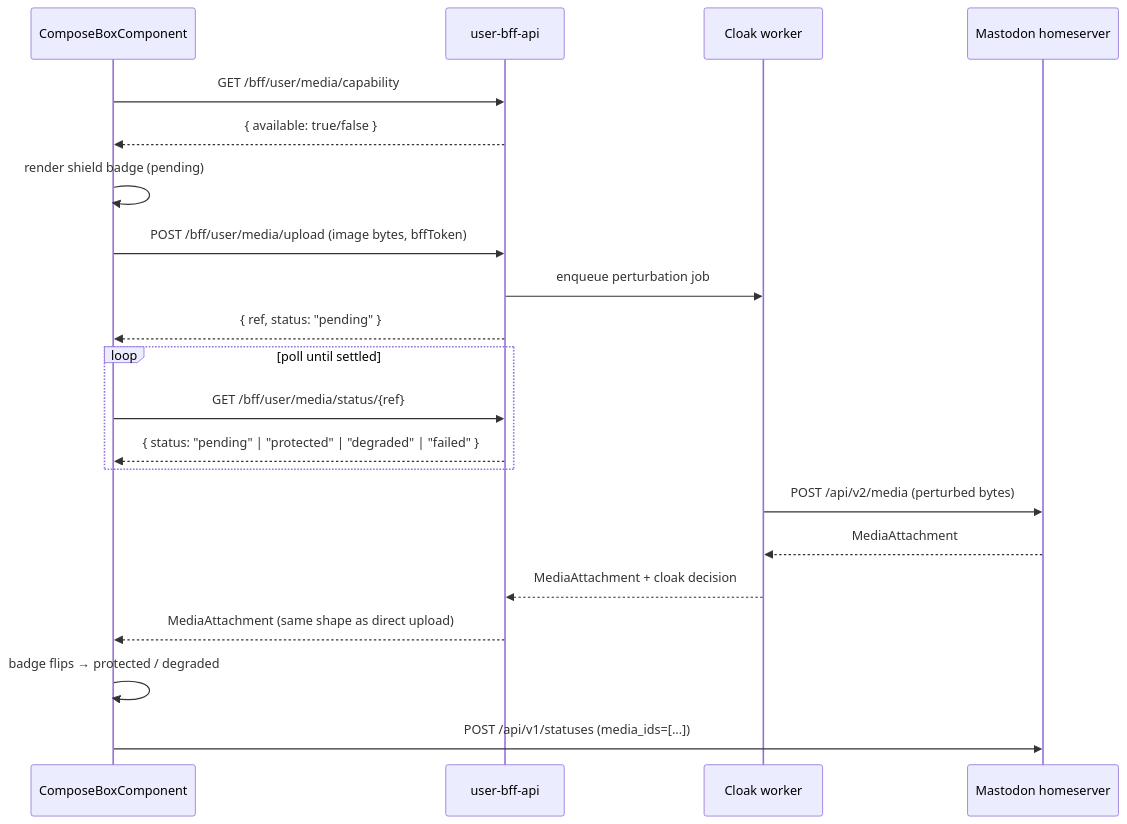
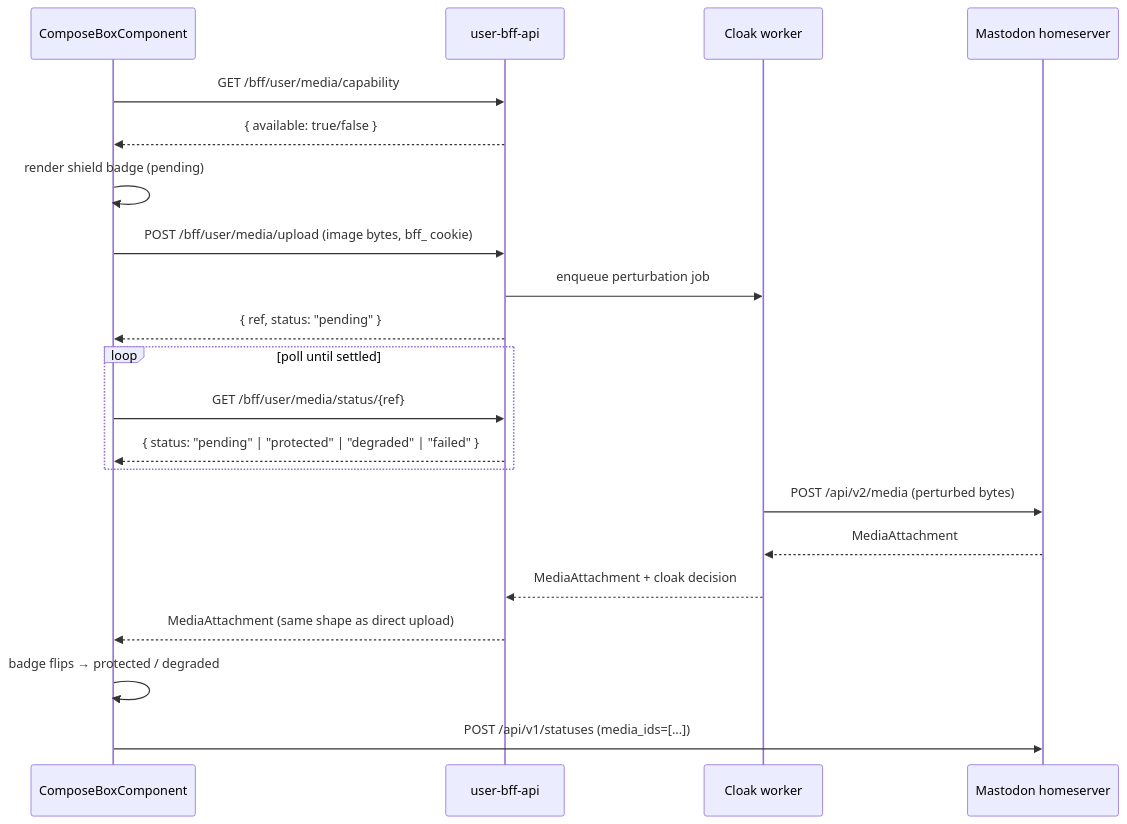
The second of 2 diagrams in README.md (hugmesh/hugmesh-mastodon-ui), drawn with Mermaid before and after one commit. The commit also changed other lines of this file and 8 other files, not shown here.

````diff
--- a/README.md
+++ b/README.md
@@ -271,28 +292,28 @@
 ```mermaid
 sequenceDiagram
     participant C as ComposeBoxComponent
     participant BFF as user-bff-api
     participant W as Cloak worker
     participant M as Mastodon homeserver
 
     C->>BFF: GET /bff/user/media/capability
     BFF-->>C: { available: true/false }
     C->>C: render shield badge (pending)
 
-    C->>BFF: POST /bff/user/media/upload (image bytes, bffToken)
+    C->>BFF: POST /bff/user/media/upload (image bytes, bff_ cookie)
     BFF->>W: enqueue perturbation job
     BFF-->>C: { ref, status: "pending" }
 
     loop poll until settled
         C->>BFF: GET /bff/user/media/status/{ref}
         BFF-->>C: { status: "pending" | "protected" | "degraded" | "failed" }
     end
 
     W->>M: POST /api/v2/media (perturbed bytes)
     M-->>W: MediaAttachment
     W-->>BFF: MediaAttachment + cloak decision
     BFF-->>C: MediaAttachment (same shape as direct upload)
 
     C->>C: badge flips → protected / degraded
     C->>M: POST /api/v1/statuses (media_ids=[...])
 ```
````
